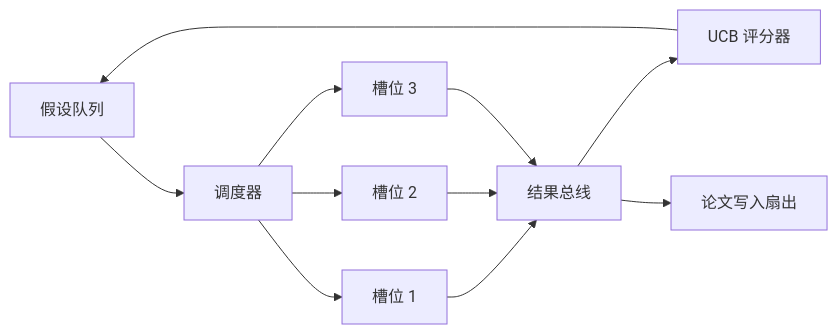
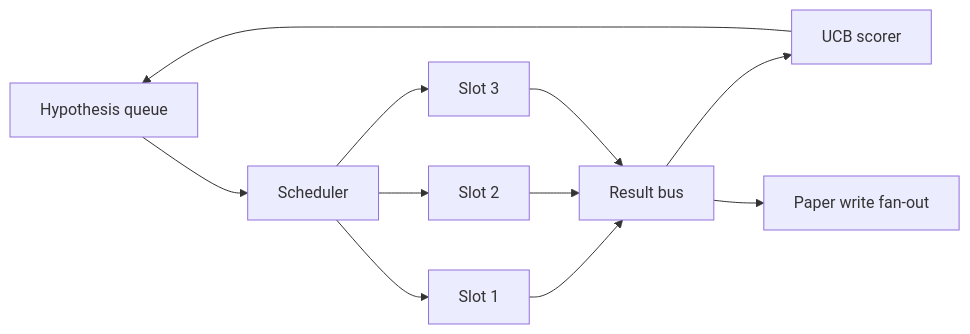
The first of 3 diagrams in i18n/zh/phases/19-capstone-projects/56-iteration-scheduler/docs/zh.md (xiaojiaenen/ai-engineering-from-scratch-zh), drawn with Mermaid before and after one commit. The commit also changed other lines of this file and 85 other files, not shown here.

````diff
--- a/i18n/zh/phases/19-capstone-projects/56-iteration-scheduler/docs/zh.md
+++ b/i18n/zh/phases/19-capstone-projects/56-iteration-scheduler/docs/zh.md
@@ -31,13 +30,13 @@
 ```mermaid
 flowchart LR
-    Queue[假设队列] --> Sched[调度器]
-    Sched --> Slot1[槽位 1]
-    Sched --> Slot2[槽位 2]
-    Sched --> Slot3[槽位 3]
-    Slot1 --> Bus[结果总线]
+    Queue[Hypothesis queue] --> Sched[Scheduler]
+    Sched --> Slot1[Slot 1]
+    Sched --> Slot2[Slot 2]
+    Sched --> Slot3[Slot 3]
+    Slot1 --> Bus[Result bus]
     Slot2 --> Bus
     Slot3 --> Bus
-    Bus --> Score[UCB 评分器]
+    Bus --> Score[UCB scorer]
     Score --> Queue
-    Bus --> Paper[论文写入扇出]
+    Bus --> Paper[Paper write fan-out]
 ```
````
